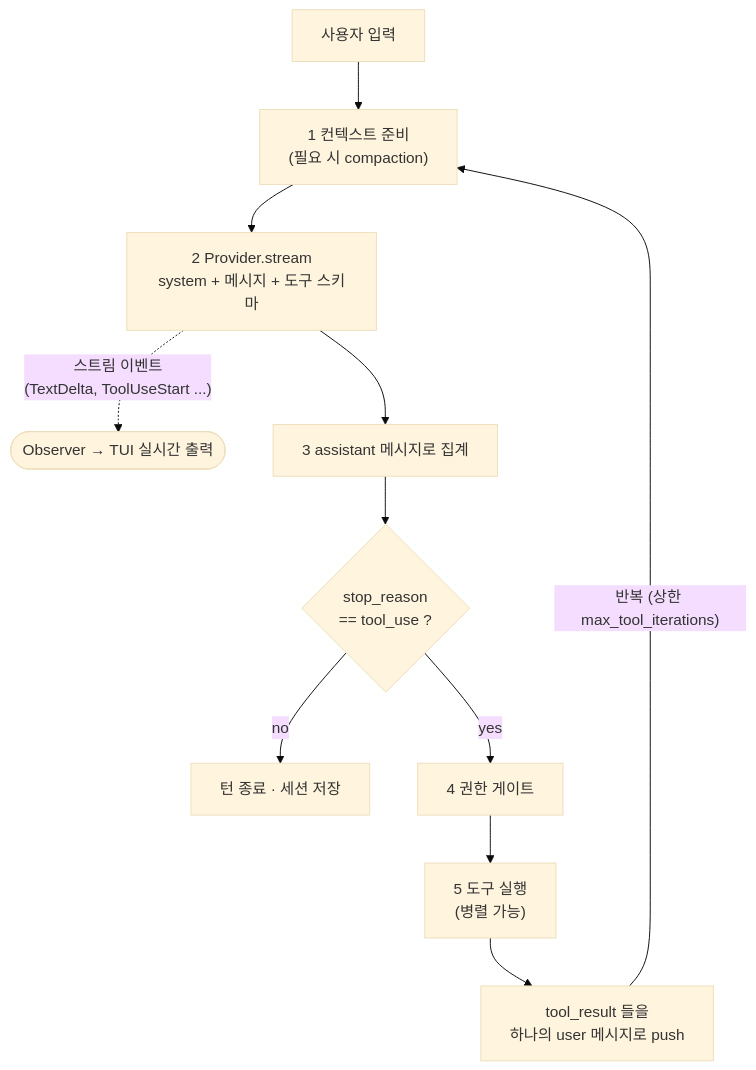
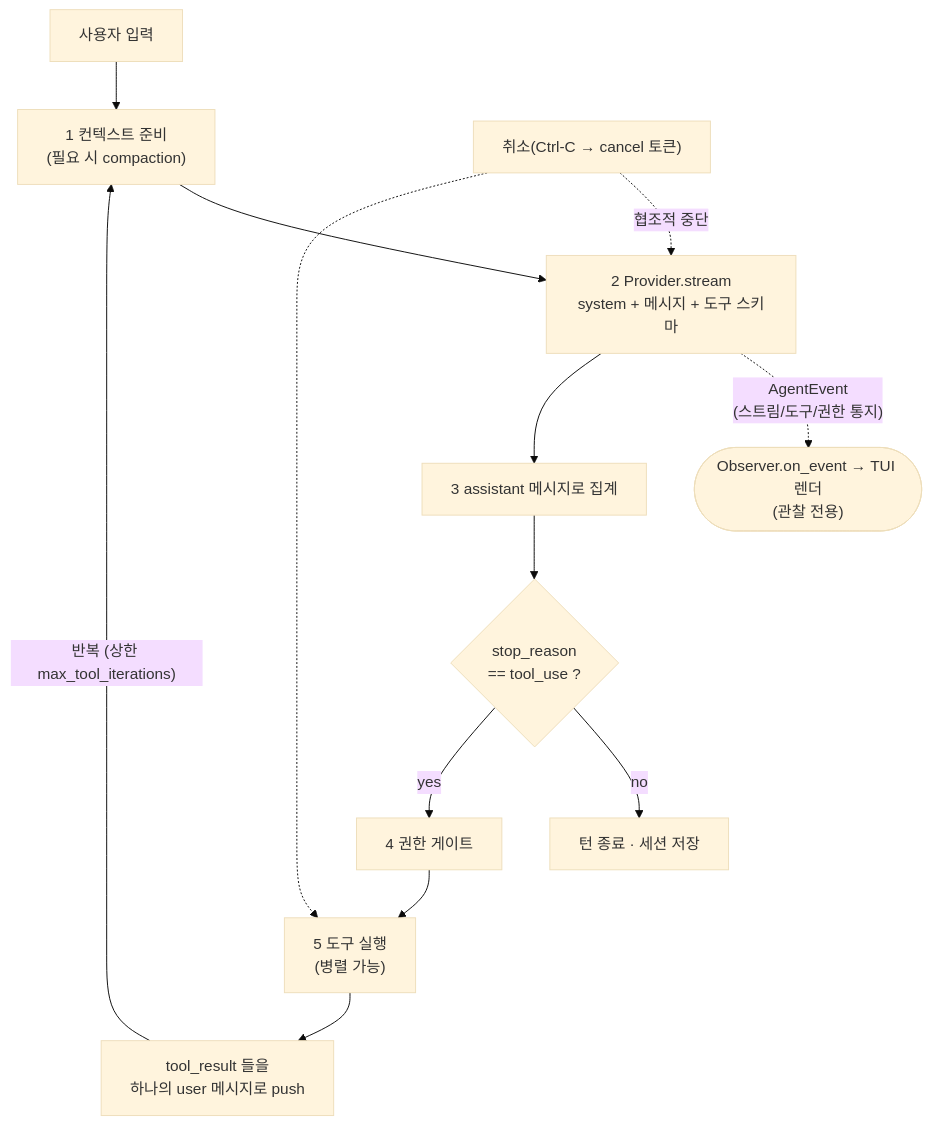
Before and after one commit to jaewookshin-bagelcode/scv: the first of 4 diagrams in docs/ARCHITECTURE.md, drawn with Mermaid (base theme). The commit also changed other lines of this file and 4 other files, not shown here.

First line of the commit message:
docs: document Ctrl-C interrupt and agent progress UI design

````diff
--- a/docs/ARCHITECTURE.md
+++ b/docs/ARCHITECTURE.md
@@ -31,13 +31,15 @@
 ```mermaid
 flowchart TD
     U[사용자 입력] --> C["1 컨텍스트 준비<br/>(필요 시 compaction)"]
     C --> P["2 Provider.stream<br/>system + 메시지 + 도구 스키마"]
-    P -. "스트림 이벤트<br/>(TextDelta, ToolUseStart ...)" .-> O(["Observer → TUI 실시간 출력"])
+    P -. "AgentEvent<br/>(스트림/도구/권한 통지)" .-> O(["Observer.on_event → TUI 렌더<br/>(관찰 전용)"])
     P --> A[3 assistant 메시지로 집계]
     A --> D{"stop_reason<br/>== tool_use ?"}
     D -- no --> E[턴 종료 · 세션 저장]
     D -- yes --> G[4 권한 게이트]
     G --> T["5 도구 실행<br/>(병렬 가능)"]
     T --> R["tool_result 들을<br/>하나의 user 메시지로 push"]
     R -- "반복 (상한 max_tool_iterations)" --> C
+    X["취소(Ctrl-C → cancel 토큰)"] -. "협조적 중단" .-> P
+    X -.-> T
 ```
````
